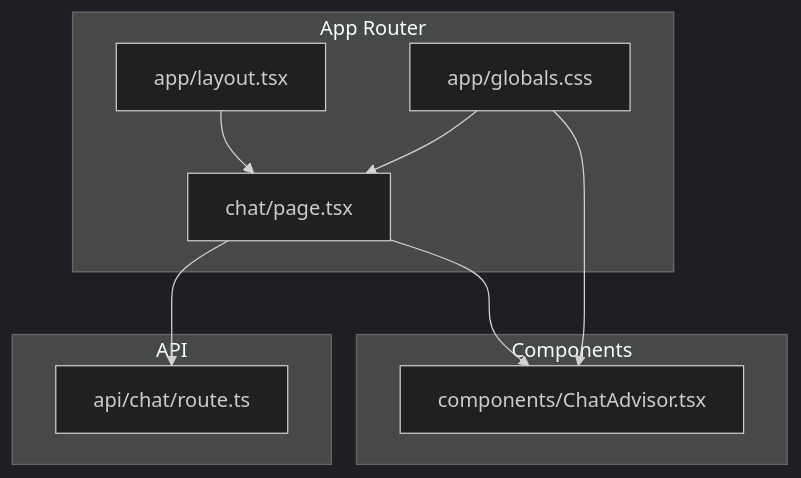
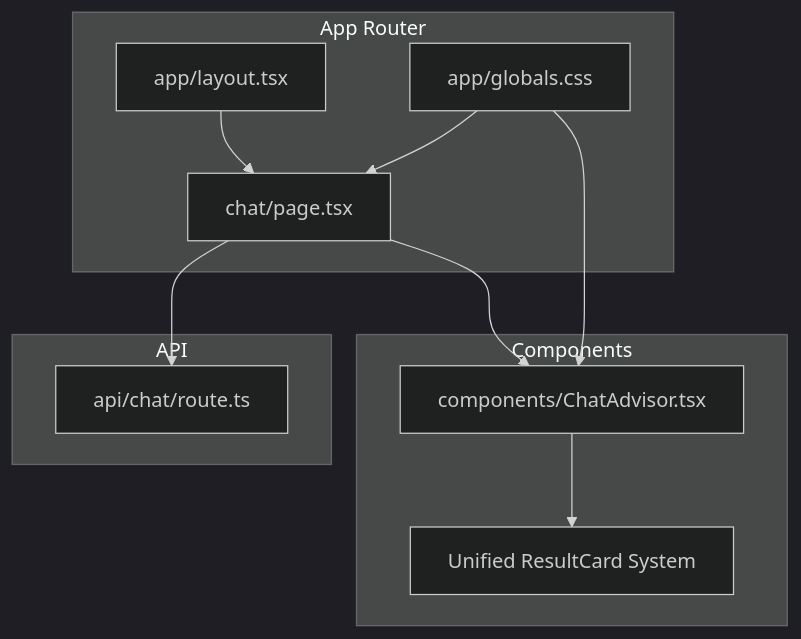
One commit to alibaba-hackathon-fsi/frontend-vaya changed the first of 4 diagrams in .qoder/repowiki/en/content/Chat Interface/Chat UI Components.md. Above: the diagram before and after it, drawn with Mermaid (dark theme). The commit also changed other lines of this file and 4 other files, not shown here.

````diff
--- a/.qoder/repowiki/en/content/Chat Interface/Chat UI Components.md
+++ b/.qoder/repowiki/en/content/Chat Interface/Chat UI Components.md
@@ -43,19 +43,21 @@
 ```mermaid
 graph TB
 subgraph "App Router"
 P["chat/page.tsx"]
 L["app/layout.tsx"]
 G["app/globals.css"]
 end
 subgraph "Components"
 CA["components/ChatAdvisor.tsx"]
+RC["Unified ResultCard System"]
 end
 subgraph "API"
 R["api/chat/route.ts"]
 end
 P --> CA
 P --> R
 L --> P
 G --> P
 G --> CA
+CA --> RC
 ```
````
